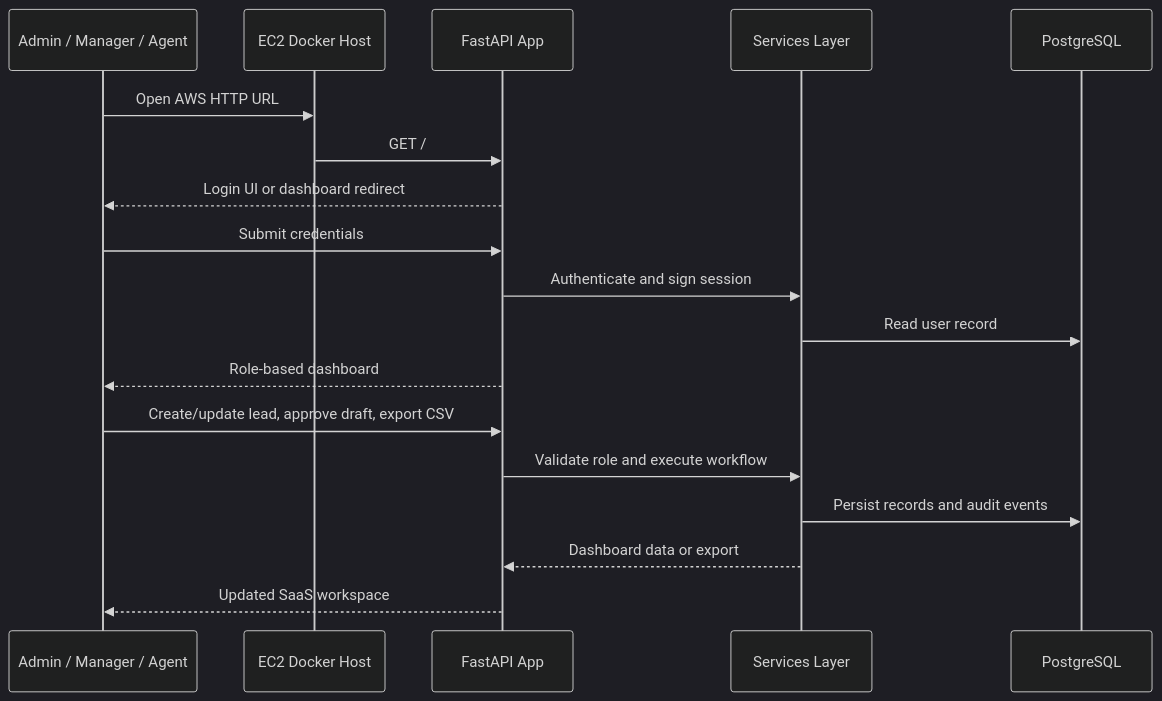
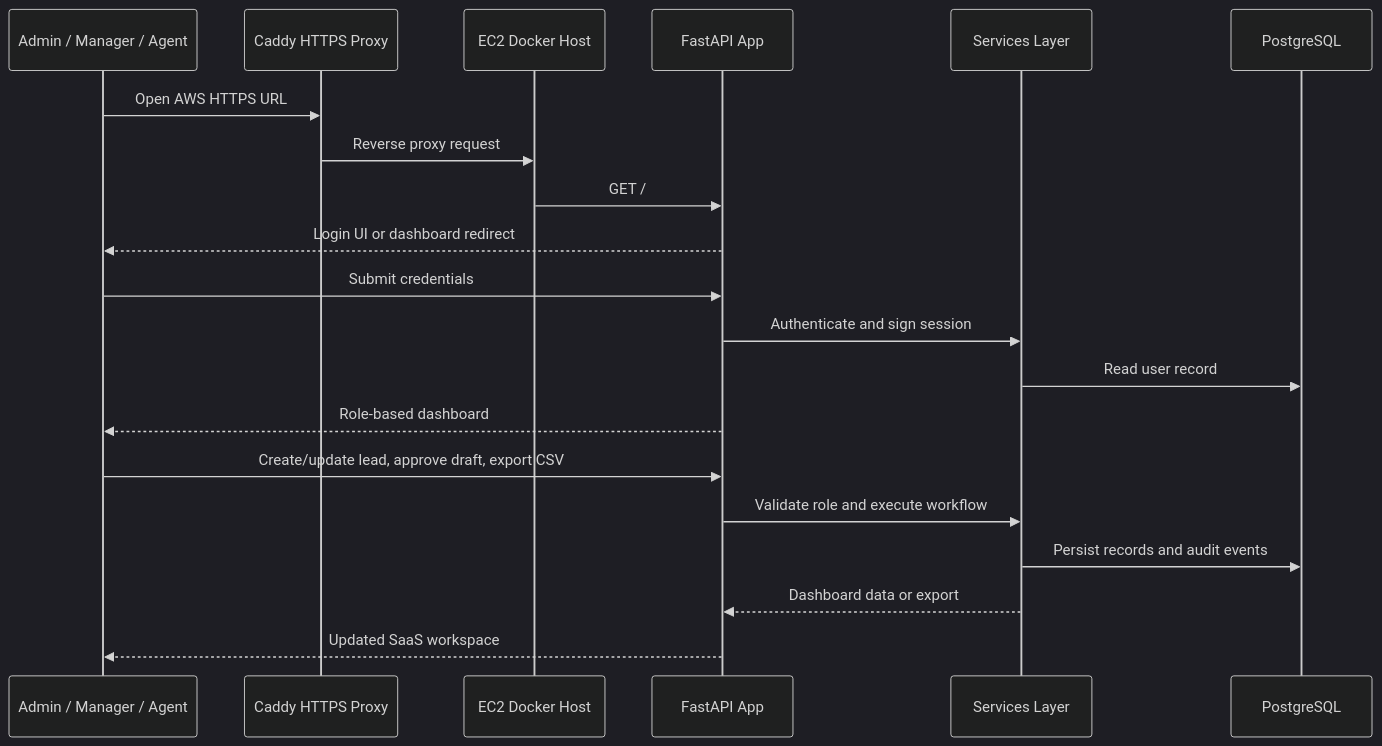
Before and after one commit to mehrabmkhan/nexuslead-ai: the first of 2 diagrams in docs/architecture.md, drawn with Mermaid (dark theme). The commit also changed other lines of this file and 8 other files, not shown here.

````diff
--- a/docs/architecture.md
+++ b/docs/architecture.md
@@ -19,21 +19,23 @@
 ```mermaid
 sequenceDiagram
     participant User as Admin / Manager / Agent
+    participant Proxy as Caddy HTTPS Proxy
     participant Host as EC2 Docker Host
     participant App as FastAPI App
     participant Services as Services Layer
     participant DB as PostgreSQL
 
-    User->>Host: Open AWS HTTP URL
+    User->>Proxy: Open AWS HTTPS URL
+    Proxy->>Host: Reverse proxy request
     Host->>App: GET /
     App-->>User: Login UI or dashboard redirect
     User->>App: Submit credentials
     App->>Services: Authenticate and sign session
     Services->>DB: Read user record
     App-->>User: Role-based dashboard
     User->>App: Create/update lead, approve draft, export CSV
     App->>Services: Validate role and execute workflow
     Services->>DB: Persist records and audit events
     Services-->>App: Dashboard data or export
     App-->>User: Updated SaaS workspace
 ```
````
